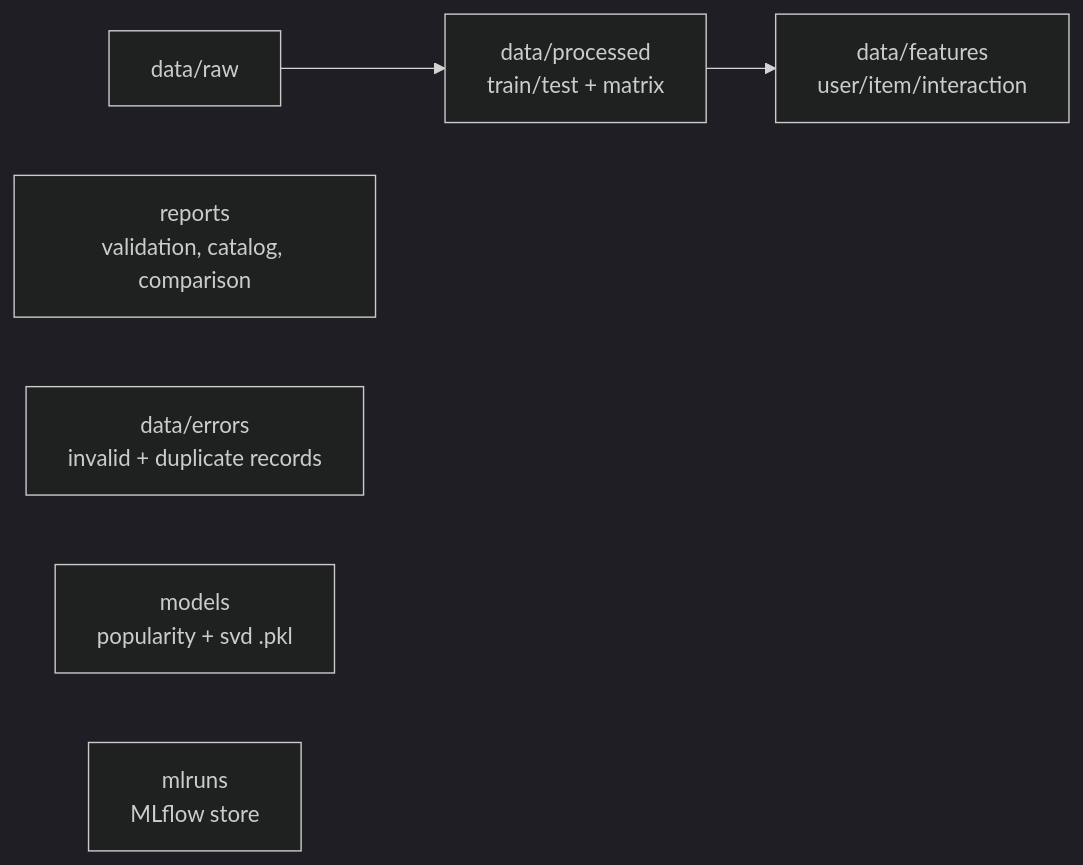
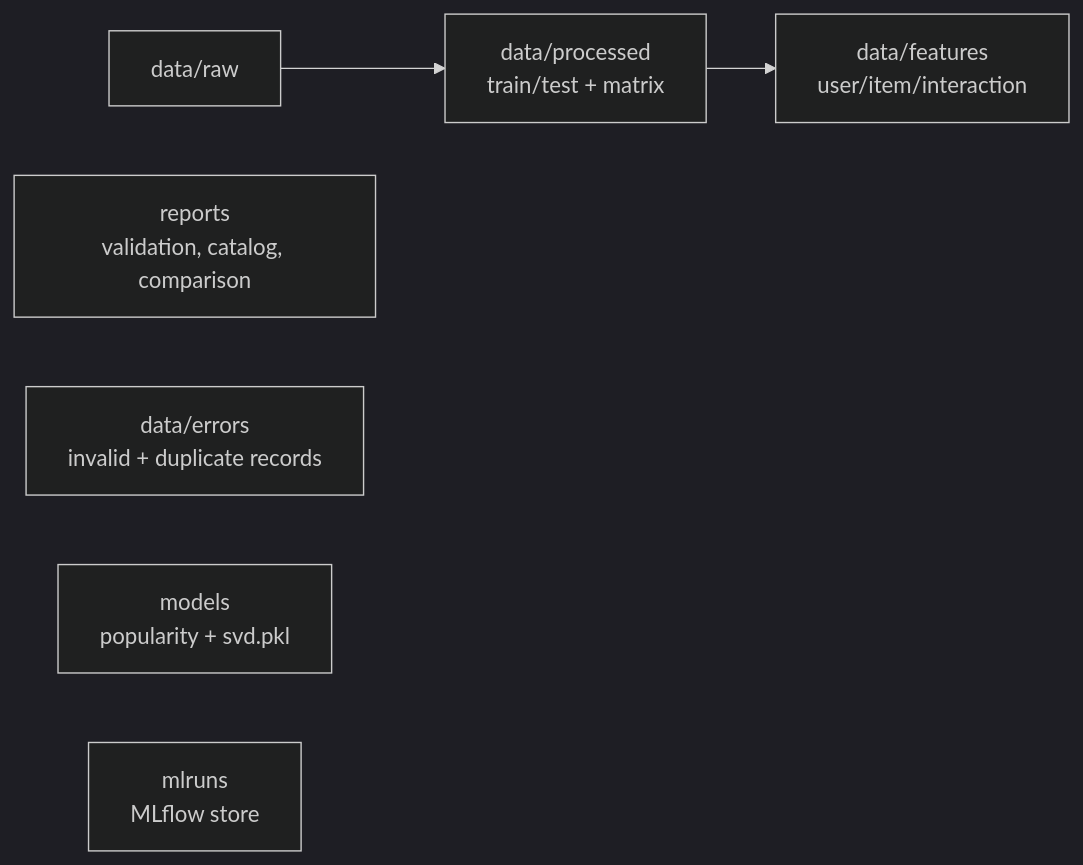
One commit to samitbits/recommandation-system changed the second of 2 diagrams in docs/architecture.md. Above: the diagram before and after it, drawn with Mermaid (dark theme). The commit also changed other lines of this file, not shown here.

````diff
--- a/docs/architecture.md
+++ b/docs/architecture.md
@@ -33,9 +40,10 @@
 ```mermaid
 flowchart LR
-    R[data/raw] --> P[data/processed<br/>train/test + matrix]
-    P --> FE[data/features<br/>user/item/interaction]
-    V[reports<br/>validation, catalog, comparison]
-    ER[data/errors<br/>invalid + duplicate records]
-    M[models<br/>popularity + svd .pkl]
-    ML[mlruns<br/>MLflow store]
+    R["data/raw"] --> P["data/processed<br>train/test + matrix"]
+    P --> FE["data/features<br>user/item/interaction"]
+
+    V["reports<br>validation, catalog, comparison"]
+    ER["data/errors<br>invalid + duplicate records"]
+    M["models<br>popularity + svd.pkl"]
+    ML["mlruns<br>MLflow store"]
 ```
````
